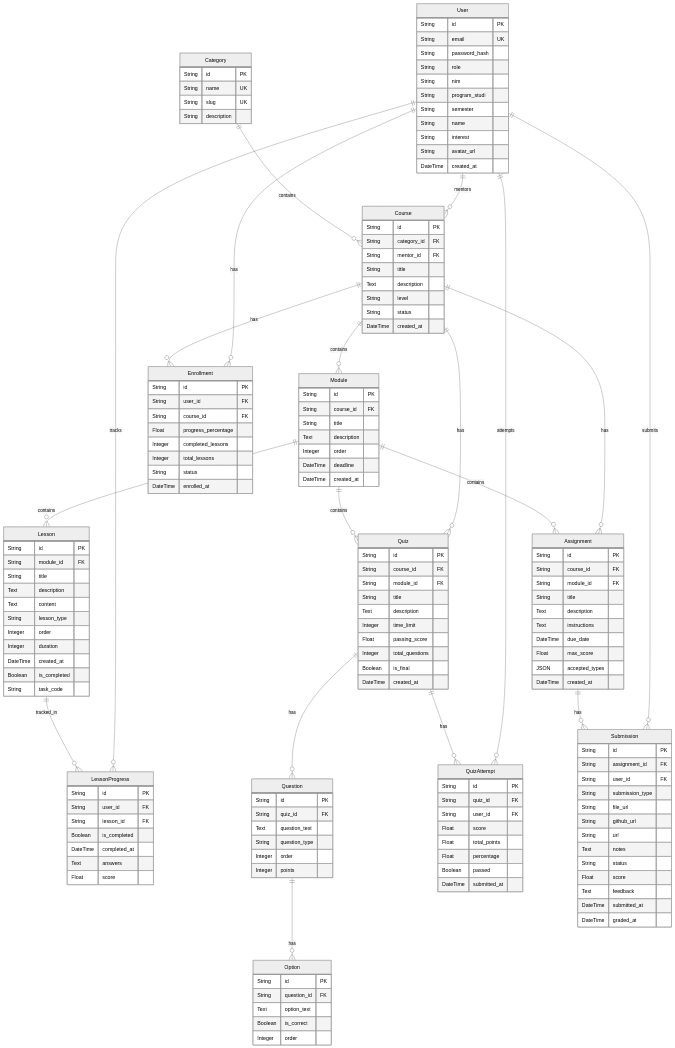
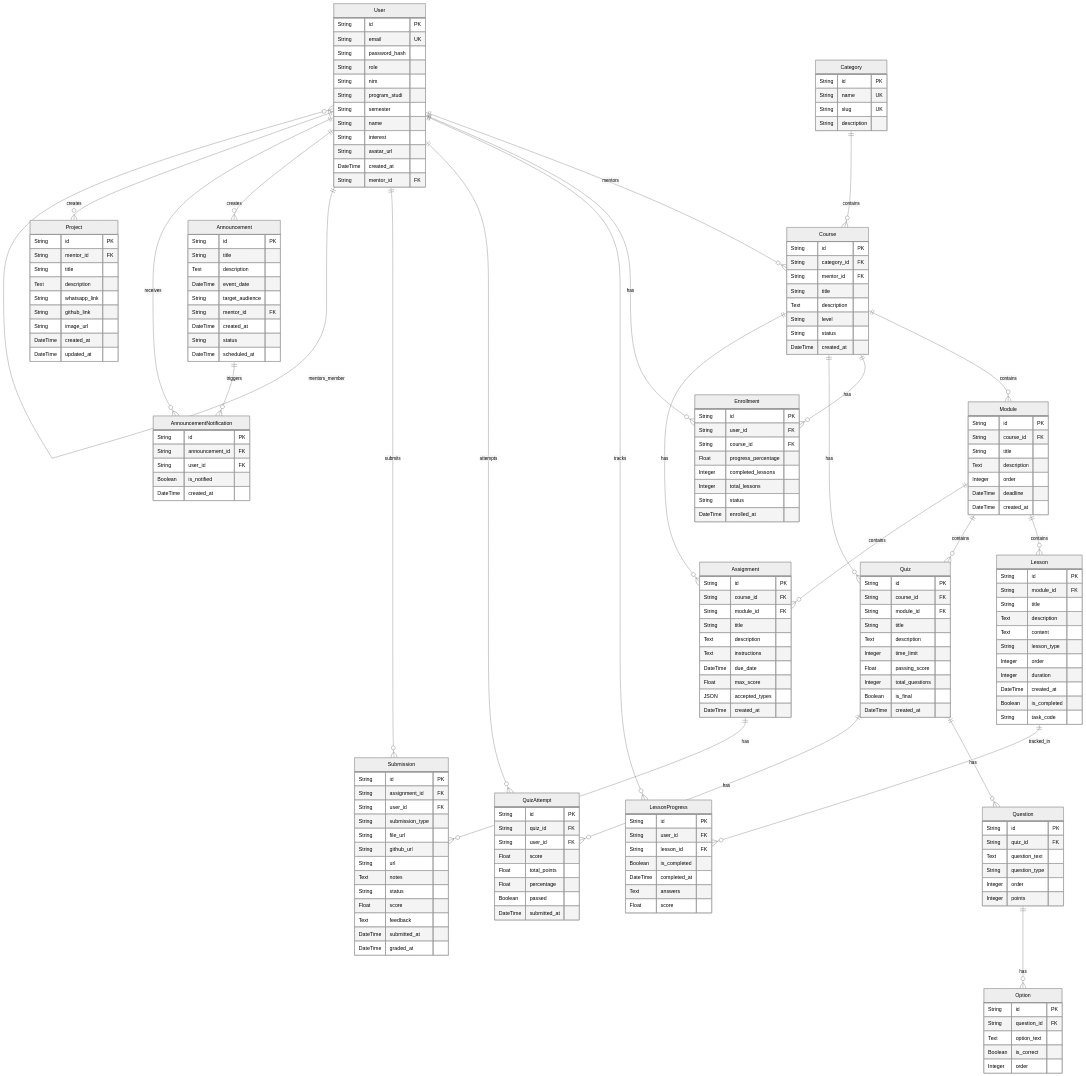
One commit to ksm-aiot-upnvj/vega-backend changed the diagram in docs/database/erd.md. Above: the diagram before and after it, drawn with Mermaid (neutral theme). The commit also changed other lines of this file, not shown here.

Commit message:
Update erd

````diff
--- a/docs/database/erd.md
+++ b/docs/database/erd.md
@@ -16,6 +16,7 @@
         String interest
         String avatar_url
         DateTime created_at
+        String mentor_id FK
     }
 
     Category {
@@ -151,11 +152,47 @@
         DateTime graded_at
     }
 
+    Announcement {
+        String id PK
+        String title
+        Text description
+        DateTime event_date
+        String target_audience
+        String mentor_id FK
+        DateTime created_at
+        String status
+        DateTime scheduled_at
+    }
+
+    AnnouncementNotification {
+        String id PK
+        String announcement_id FK
+        String user_id FK
+        Boolean is_notified
+        DateTime created_at
+    }
+
+    Project {
+        String id PK
+        String mentor_id FK
+        String title
+        Text description
+        String whatsapp_link
+        String github_link
+        String image_url
+        DateTime created_at
+        DateTime updated_at
+    }
+
     User ||--o{ Course : "mentors"
     User ||--o{ Enrollment : "has"
     User ||--o{ LessonProgress : "tracks"
     User ||--o{ QuizAttempt : "attempts"
     User ||--o{ Submission : "submits"
+    User ||--o{ User : "mentors_member"
+    User ||--o{ Announcement : "creates"
+    User ||--o{ AnnouncementNotification : "receives"
+    User ||--o{ Project : "creates"
     
     Category ||--o{ Course : "contains"
     
@@ -176,4 +213,6 @@
     Question ||--o{ Option : "has"
     
     Assignment ||--o{ Submission : "has"
+
+    Announcement ||--o{ AnnouncementNotification : "triggers"
 ```
````
